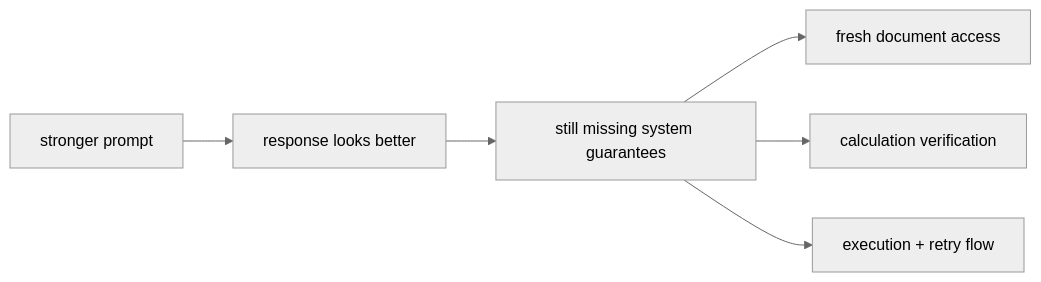
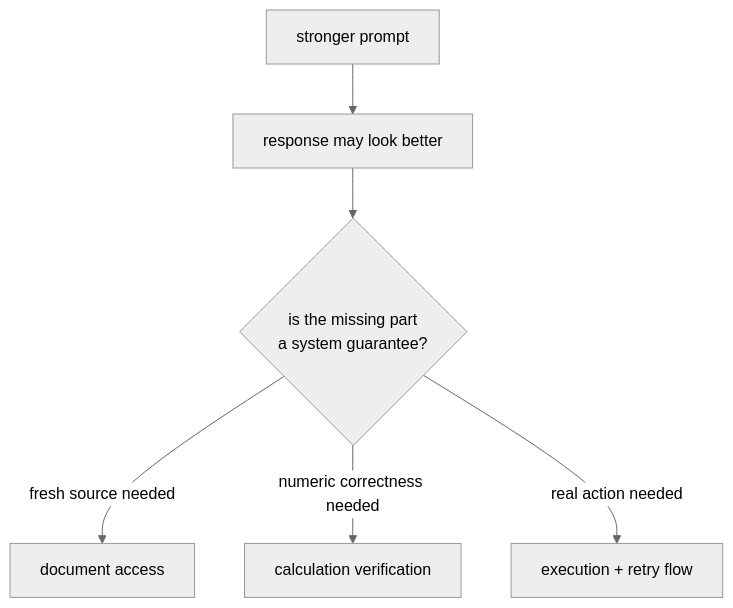
One commit to devchan64/AiBook changed the second of 2 diagrams in docs/parts/part-05/chapter-09/section-02.md. Above: the diagram before and after it, drawn with Mermaid (neutral theme). The commit also changed 2 other files, not shown here.

Commit message:
docs: clarify beginner-facing diagram flow

````diff
--- a/docs/parts/part-05/chapter-09/section-02.md
+++ b/docs/parts/part-05/chapter-09/section-02.md
@@ -150,14 +150,11 @@
 ```mermaid
-flowchart LR
+flowchart TD
   A["stronger prompt"]
-  B["response looks better"]
-  C["still missing system guarantees"]
-  D["fresh document access"]
-  E["calculation verification"]
-  F["execution + retry flow"]
+  B["response may look better"]
+  C{"is the missing part\na system guarantee?"}
 
   A --> B --> C
-  C --> D
-  C --> E
-  C --> F
+  C -->|fresh source needed| D["document access"]
+  C -->|numeric correctness needed| E["calculation verification"]
+  C -->|real action needed| F["execution + retry flow"]
 ```
````
